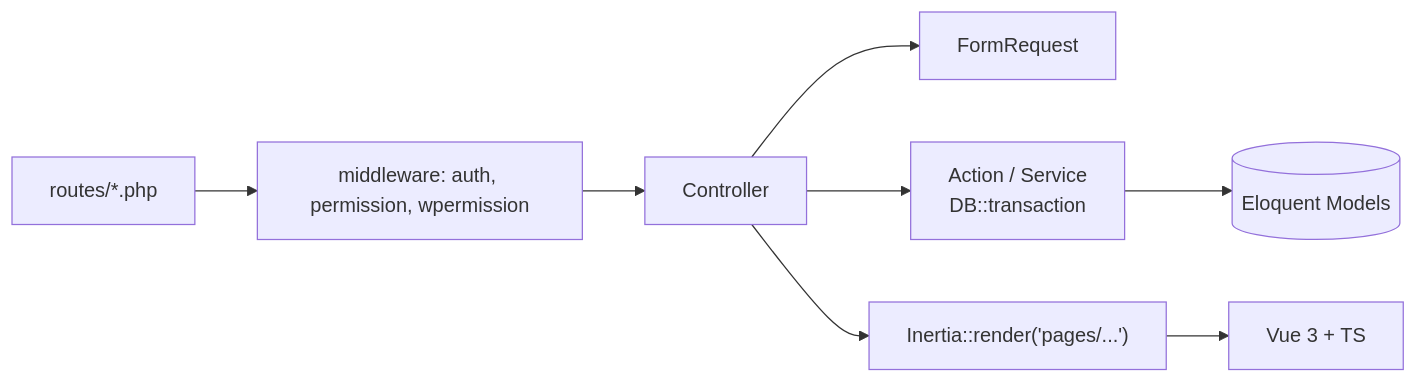
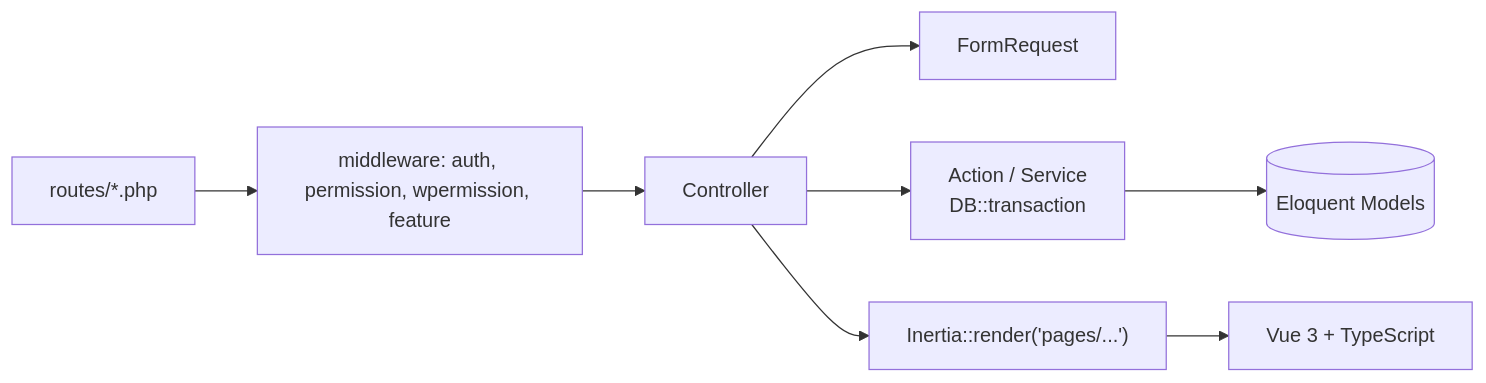
The diagram in README.md (imamrasyid/e-surat), drawn with Mermaid before and after one commit. The commit also changed other lines of this file and 4 other files, not shown here.

````diff
--- a/README.md
+++ b/README.md
@@ -117,10 +70,10 @@
 ```mermaid
 flowchart LR
-    R[routes/*.php] --> M["middleware: auth, permission, wpermission"]
+    R[routes/*.php] --> M["middleware: auth, permission, wpermission, feature"]
     M --> C[Controller]
     C --> V[FormRequest]
     C --> A["Action / Service<br/>DB::transaction"]
     A --> D[(Eloquent Models)]
     C --> I["Inertia::render('pages/...')"]
-    I --> P[Vue 3 + TS]
+    I --> P[Vue 3 + TypeScript]
 ```
````
